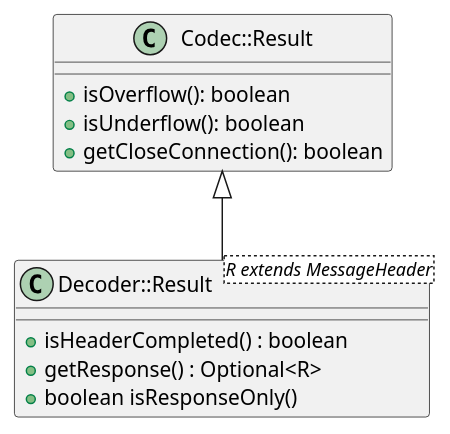
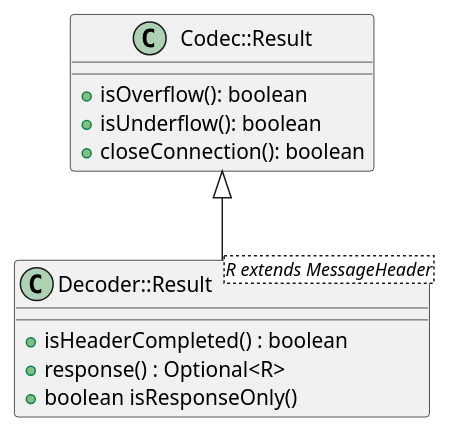
Before and after one commit to mnlipp/jdrupes-httpcodec: the second of 9 diagrams in overview.md, drawn with PlantUML. The commit also changed other lines of this file and 50 other files, not shown here.

```diff
--- a/overview.md
+++ b/overview.md
@@ -239,16 +239,16 @@
 @startuml decoder-result.svg
 ' ========== Result Hierarchy =========
 class Codec::Result {
     +isOverflow(): boolean
     +isUnderflow(): boolean
-    +getCloseConnection(): boolean
+    +closeConnection(): boolean
 }
 
 class Decoder::Result<R extends MessageHeader> {
     +isHeaderCompleted() : boolean
-    +getResponse() : Optional<R>
+    +response() : Optional<R>
     +boolean isResponseOnly()
 }
 
 Codec::Result <|-- Decoder::Result
 @enduml
```
